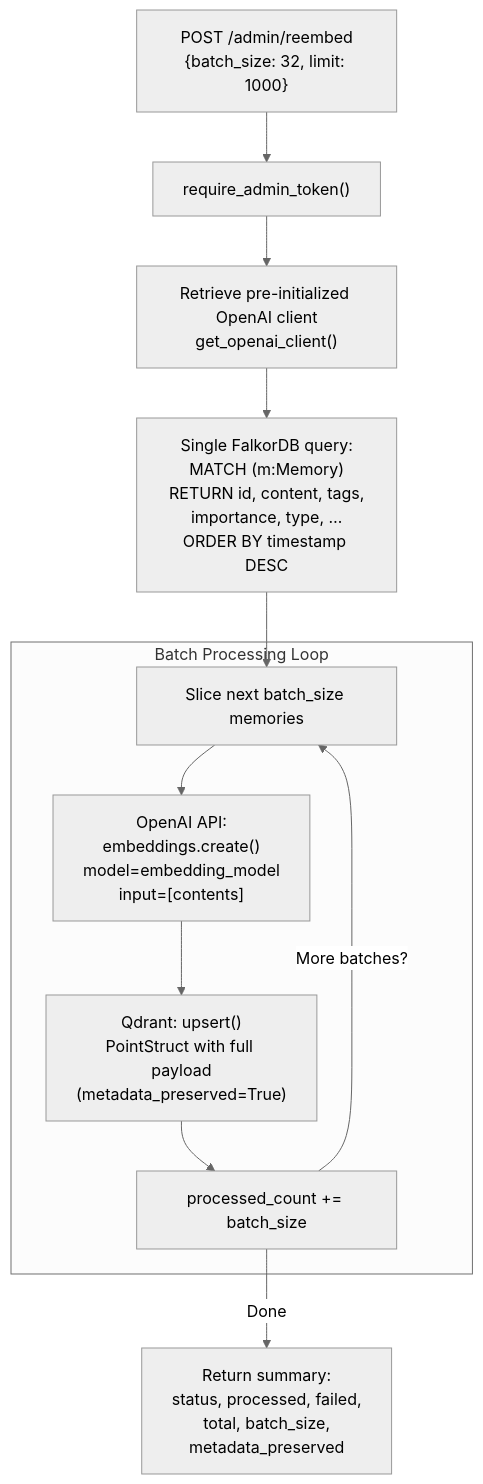
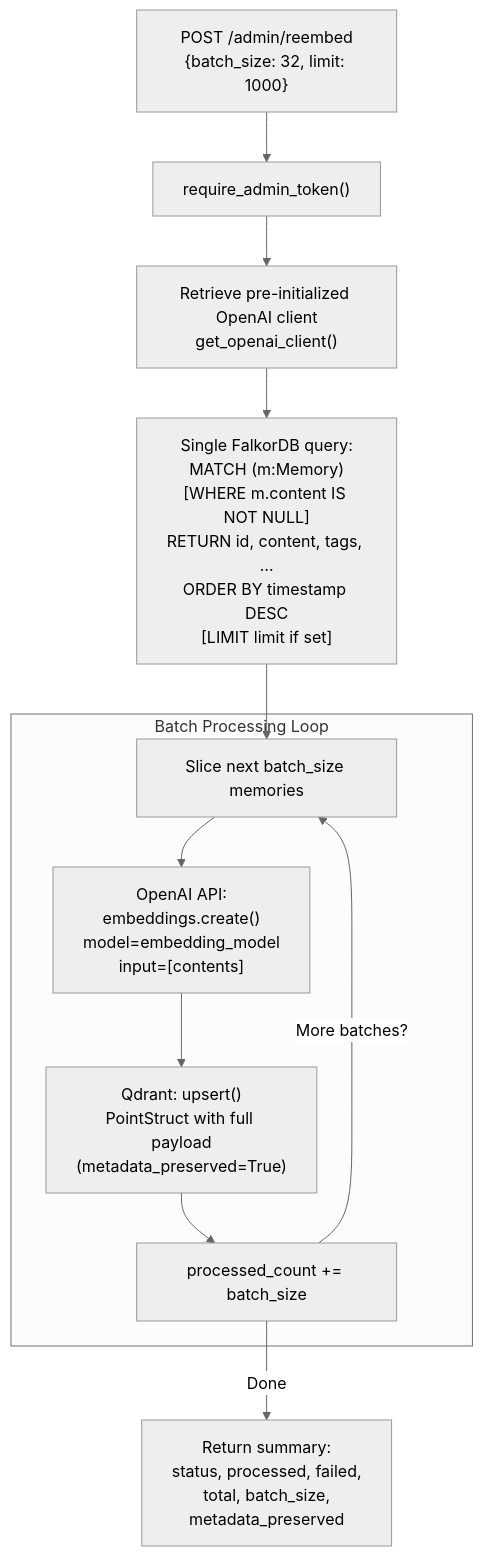
Before and after one commit to verygoodplugins/automem-website: the third of 3 diagrams in src/content/docs/docs/reference/api/admin.md, drawn with Mermaid (neutral theme). The commit also changed other lines of this file, not shown here.

First line of the commit message:
docs: fix /enrichment/status auth and reembed diagram accuracy in Admin Operations (#153)

````diff
--- a/src/content/docs/docs/reference/api/admin.md
+++ b/src/content/docs/docs/reference/api/admin.md
@@ -240,30 +242,30 @@
 ```mermaid
 graph TB
     Request["POST /admin/reembed<br/>{batch_size: 32, limit: 1000}"]
     Auth["require_admin_token()"]
     Init["Retrieve pre-initialized OpenAI client<br/>get_openai_client()"]
 
-    FetchAll["Single FalkorDB query:<br/>MATCH (m:Memory)<br/>RETURN id, content, tags,<br/>importance, type, …<br/>ORDER BY timestamp DESC"]
+    FetchAll["Single FalkorDB query:<br/>MATCH (m:Memory)<br/>[WHERE m.content IS NOT NULL]<br/>RETURN id, content, tags, …<br/>ORDER BY timestamp DESC<br/>[LIMIT limit if set]"]
 
     subgraph "Batch Processing Loop"
         Slice["Slice next batch_size memories"]
 
         CallOpenAI["OpenAI API:<br/>embeddings.create()<br/>model=embedding_model<br/>input=[contents]"]
 
         UpdateQdrant["Qdrant: upsert()<br/>PointStruct with full payload<br/>(metadata_preserved=True)"]
 
         IncrCount["processed_count += batch_size"]
     end
 
     Response["Return summary:<br/>status, processed, failed,<br/>total, batch_size,<br/>metadata_preserved"]
 
     Request-->Auth
     Auth-->Init
     Init-->FetchAll
     FetchAll-->Slice
     Slice-->CallOpenAI
     CallOpenAI-->UpdateQdrant
     UpdateQdrant-->IncrCount
     IncrCount-->|More batches?|Slice
     IncrCount-->|Done|Response
 ```
````
